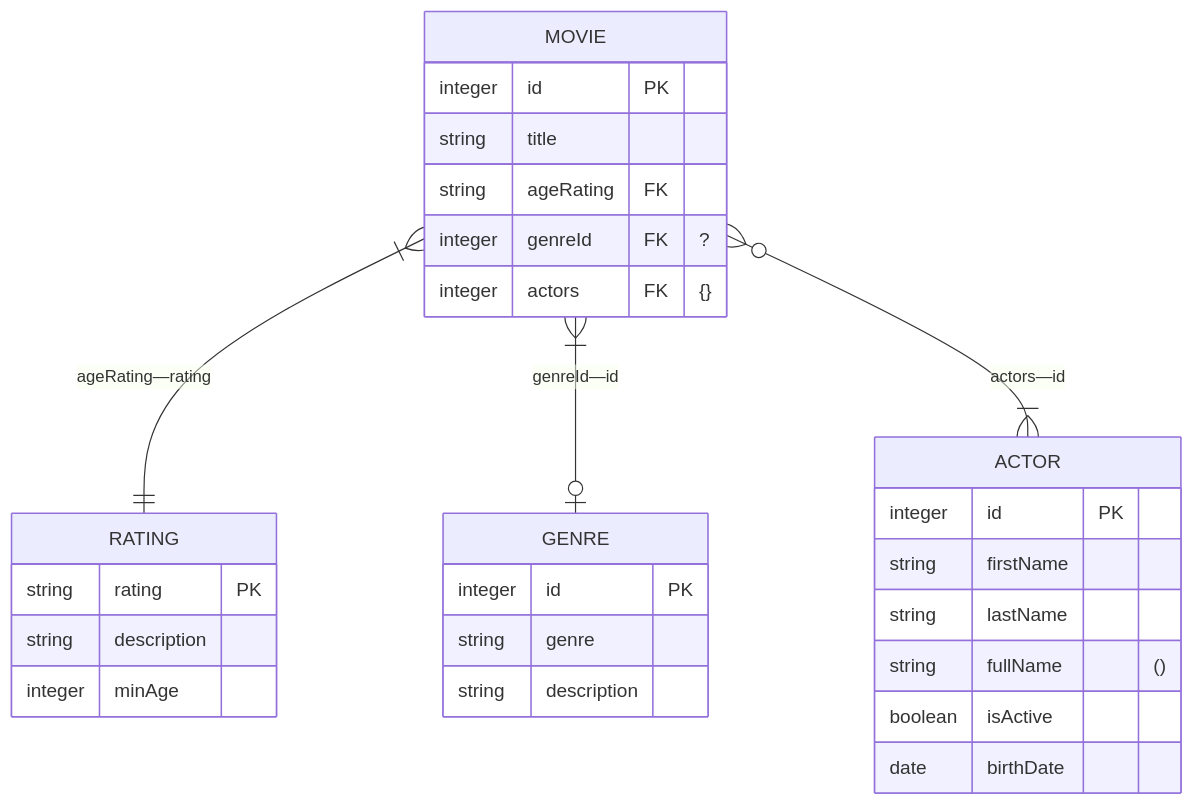
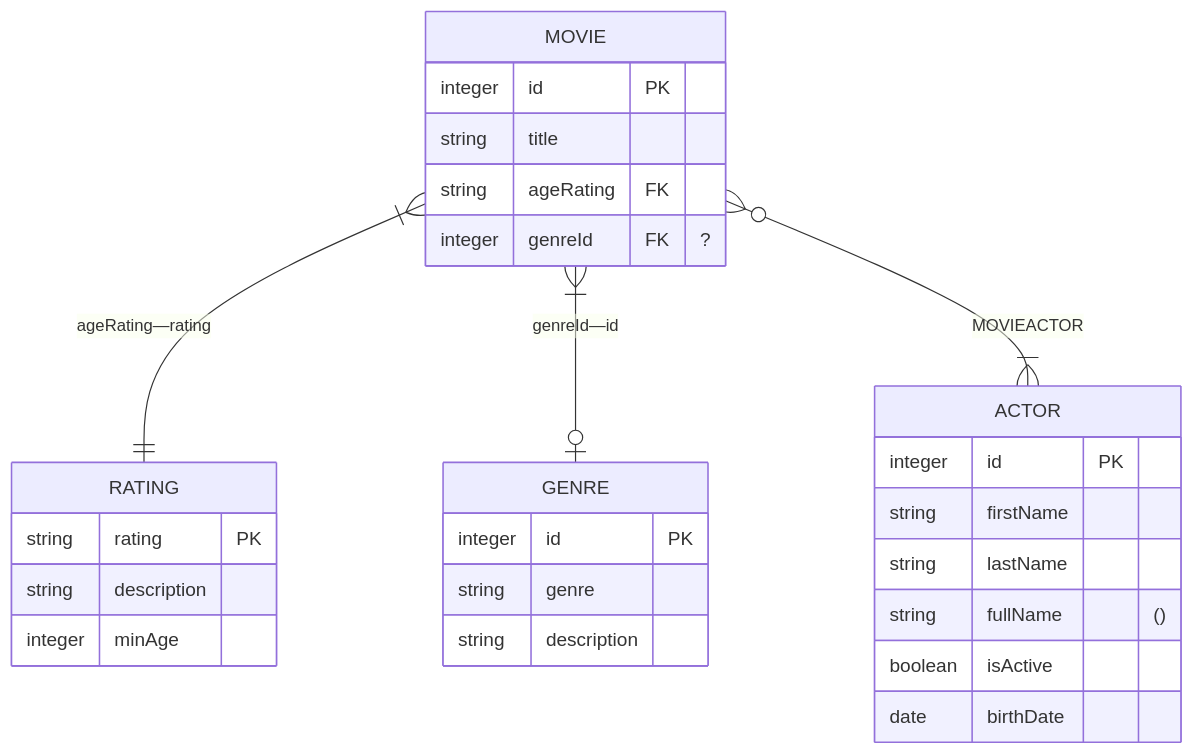
One commit to tnichols217/notes changed the first of 6 diagrams in CSDS 341 - Intro to Databases/HW/1/Tables.md. Above: the diagram before and after it, drawn with Mermaid. The commit also changed other lines of this file and 5 other files, not shown here.

````diff
--- a/CSDS 341 - Intro to Databases/HW/1/Tables.md
+++ b/CSDS 341 - Intro to Databases/HW/1/Tables.md
@@ -20,31 +20,30 @@
 ```mermaid
 erDiagram
     RATING {
         string rating PK
         string description
         integer minAge
     }
     GENRE {
         integer id PK
         string genre
         string description
     }
     MOVIE {
         integer id PK
         string title
         string ageRating FK
         integer genreId FK "?"
-        integer actors FK "{}"
     }
     ACTOR {
 	    integer id PK
 	    string firstName
 	    string lastName
 	    string fullName "()"
 	    boolean isActive
 	    date birthDate
     }
 	MOVIE }|--|| RATING : "ageRating—rating"
 	MOVIE }|--o| GENRE : "genreId—id"
-	MOVIE }o--|{ ACTOR : "actors—id"
+	MOVIE }o--|{ ACTOR : "MOVIEACTOR"
 ```
````
